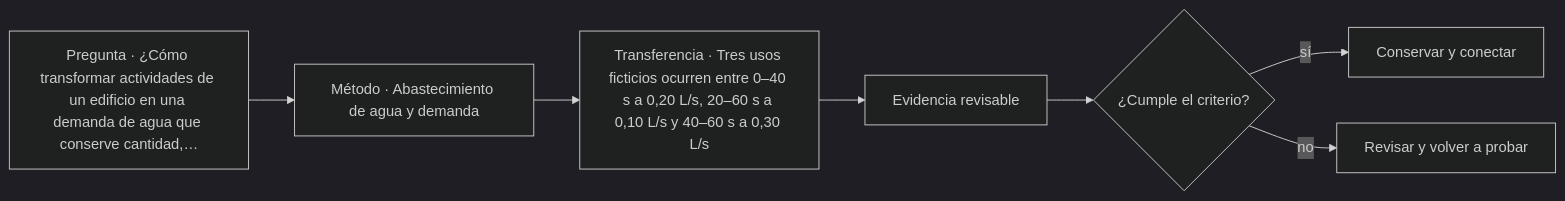
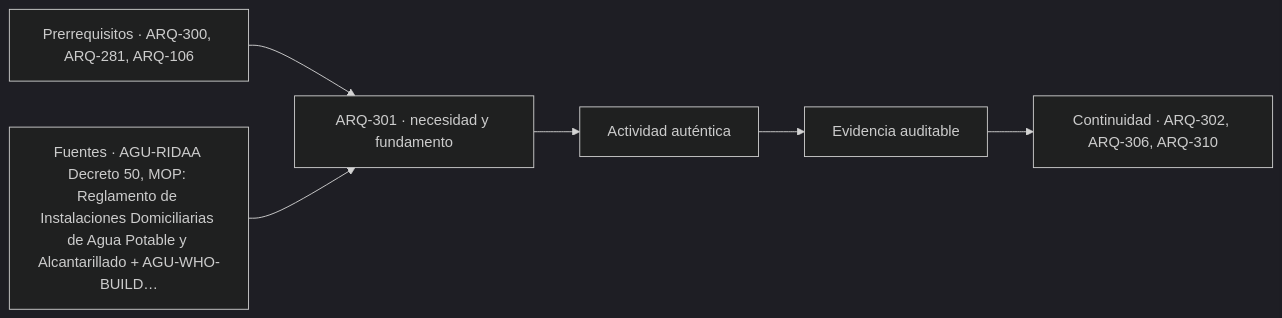
The diagram in classes/parte-31/ARQ-301.md (vladimiracunadev-create/architecture-built-environment-learning-program), drawn with Mermaid (dark theme) before and after one commit. The commit also changed other lines of this file and 761 other files, not shown here.

````diff
--- a/classes/parte-31/ARQ-301.md
+++ b/classes/parte-31/ARQ-301.md
@@ -107,9 +119,8 @@
 ```mermaid
 flowchart LR
-    Q["Pregunta · ¿Cómo transformar actividades de un edificio en una demanda de agua que conserve cantidad,…"] --> M["Método · Abastecimiento de agua y demanda"]
-    M --> P["Transferencia · Tres usos ficticios ocurren entre 0–40 s a 0,20 L/s, 20–60 s a 0,10 L/s y 40–60 s a 0,30 L/s"]
-    P --> E["Evidencia revisable"]
-    E --> C{"¿Cumple el criterio?"}
-    C -->|sí| T["Conservar y conectar"]
-    C -->|no| R["Revisar y volver a probar"]
+    A["Prerrequisitos · ARQ-300, ARQ-281, ARQ-106"] --> B["ARQ-301 · necesidad y fundamento"]
+    S["Fuentes · AGU-RIDAA Decreto 50, MOP: Reglamento de Instalaciones Domiciliarias de Agua Potable y Alcantarillado + AGU-WHO-BUILD…"] --> B
+    B --> C["Actividad auténtica"]
+    C --> D["Evidencia auditable"]
+    D --> E["Continuidad · ARQ-302, ARQ-306, ARQ-310"]
 ```
````
